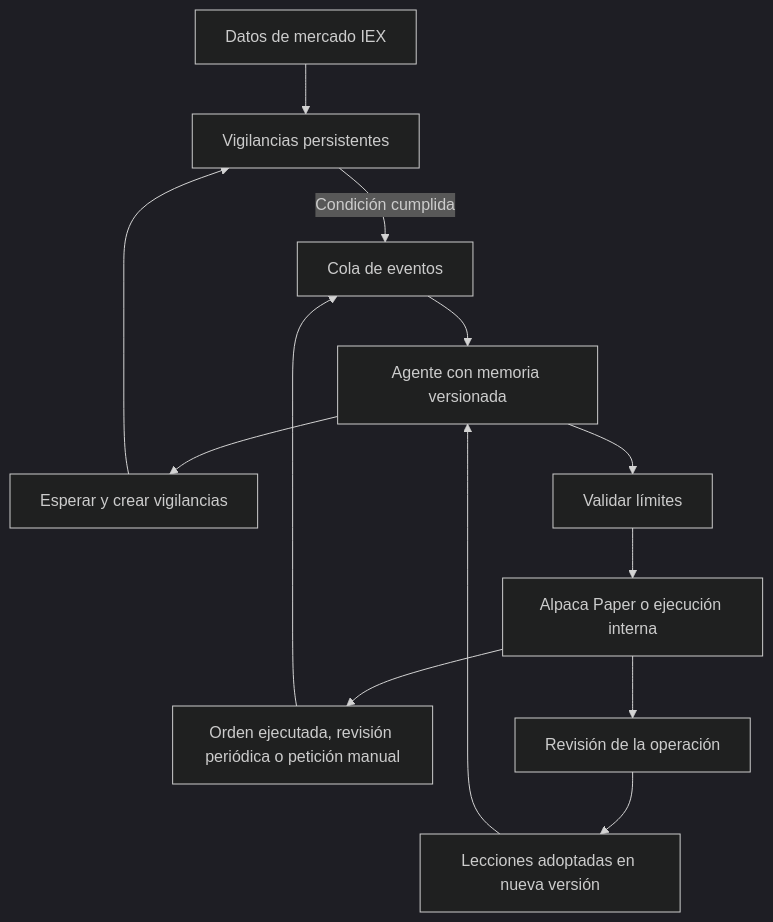
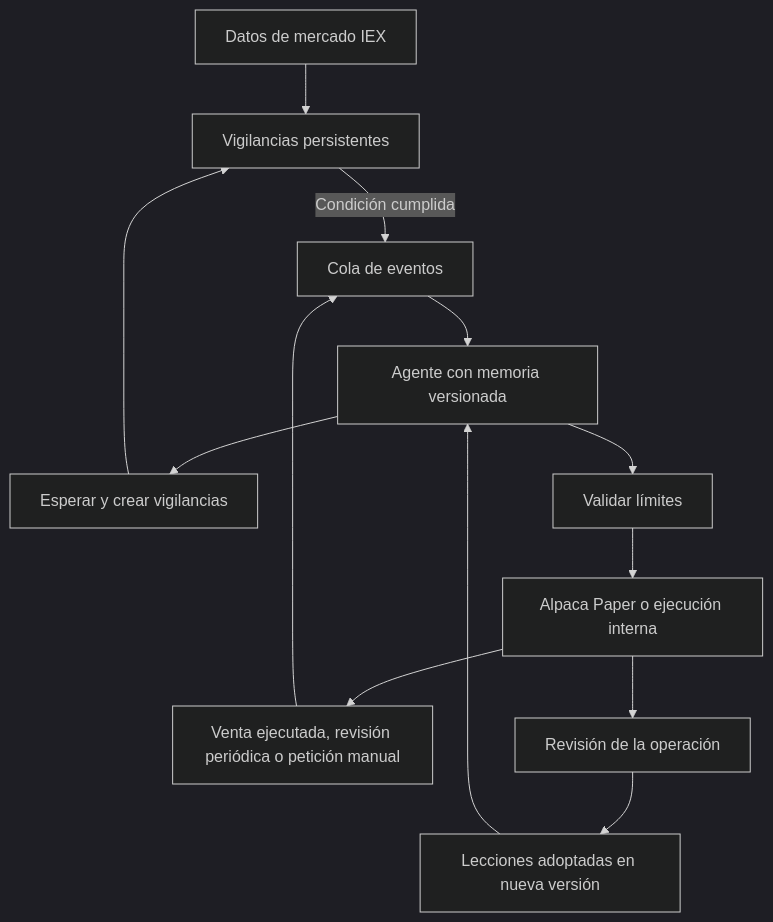
The diagram in README.md (Dasge97/Meridian), drawn with Mermaid (dark theme) before and after one commit. The commit also changed 10 other files, not shown here.

````diff
--- a/README.md
+++ b/README.md
@@ -50,15 +50,15 @@
 ```mermaid
 flowchart TD
   A[Datos de mercado IEX] --> B[Vigilancias persistentes]
   B -->|Condición cumplida| C[Cola de eventos]
-  D[Orden ejecutada, revisión periódica o petición manual] --> C
+  D[Venta ejecutada, revisión periódica o petición manual] --> C
   C --> E[Agente con memoria versionada]
   E --> F[Esperar y crear vigilancias]
   F --> B
   E --> G[Validar límites]
   G --> H[Alpaca Paper o ejecución interna]
   H --> D
   H --> I[Revisión de la operación]
   I --> J[Lecciones adoptadas en nueva versión]
   J --> E
 ```
````
